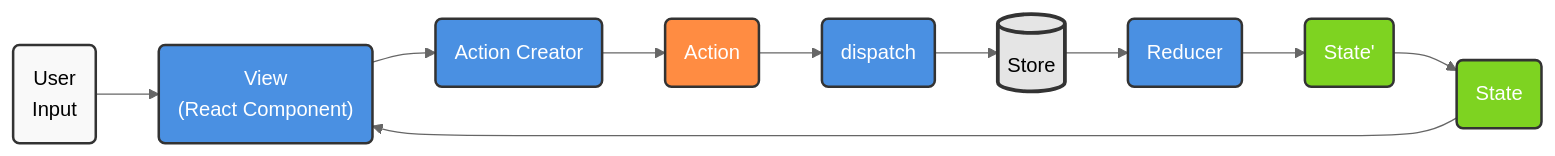
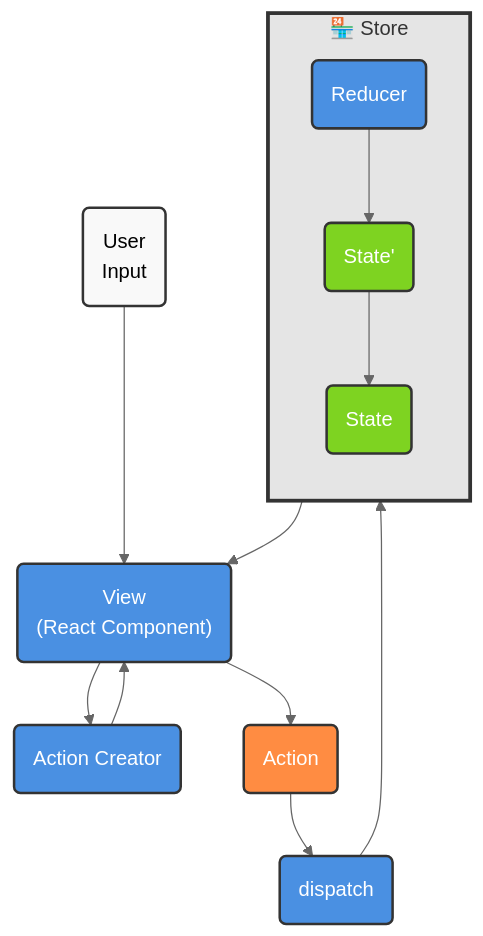
Before and after one commit to Kyoya67/redux-counte-app-tutorial: the diagram in README.md, drawn with Mermaid (neutral theme).

Commit message:
chore: modify README mermaid graph

````diff
--- a/README.md
+++ b/README.md
@@ -30,22 +30,30 @@
 ```mermaid
-graph LR
+graph TD
     A("User<br/>Input") --> B("View<br/>(React Component)")
     B --> C("Action Creator")
-    C --> D("Action")
+    C --> B
+    B --> D("Action")
     D --> E("dispatch")
-    E --> F[("Store")]
-    F --> G("Reducer")
-    G --> H("State'")
-    H --> I("State")
+    E --> F[Store]
+    
+    subgraph F["🏪 Store"]
+        direction TB
+        G("Reducer")
+        H("State'")
+        I("State")
+        G --> H
+        H --> I
+    end
+    
     I --> B
     
     style A fill:#f9f9f9,stroke:#333,stroke-width:2px
     style B fill:#4A90E2,stroke:#333,stroke-width:2px,color:#fff
     style C fill:#4A90E2,stroke:#333,stroke-width:2px,color:#fff
     style D fill:#FF8C42,stroke:#333,stroke-width:2px,color:#fff
     style E fill:#4A90E2,stroke:#333,stroke-width:2px,color:#fff
     style F fill:#E5E5E5,stroke:#333,stroke-width:3px
     style G fill:#4A90E2,stroke:#333,stroke-width:2px,color:#fff
     style H fill:#7ED321,stroke:#333,stroke-width:2px,color:#fff
     style I fill:#7ED321,stroke:#333,stroke-width:2px,color:#fff
 ```
````
